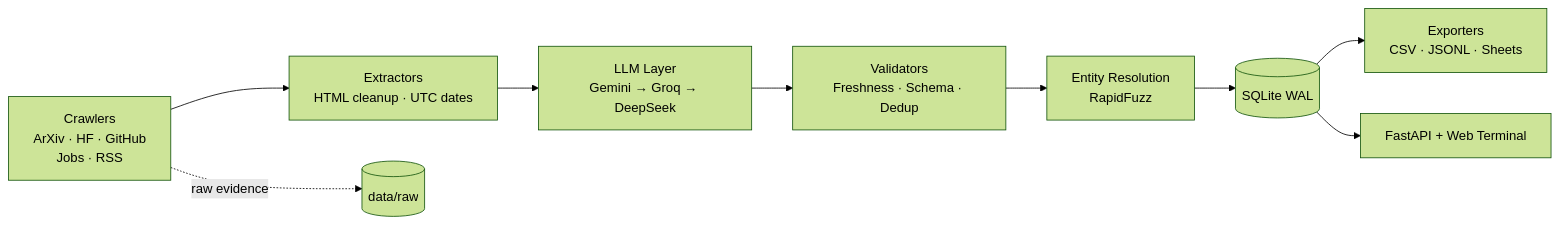
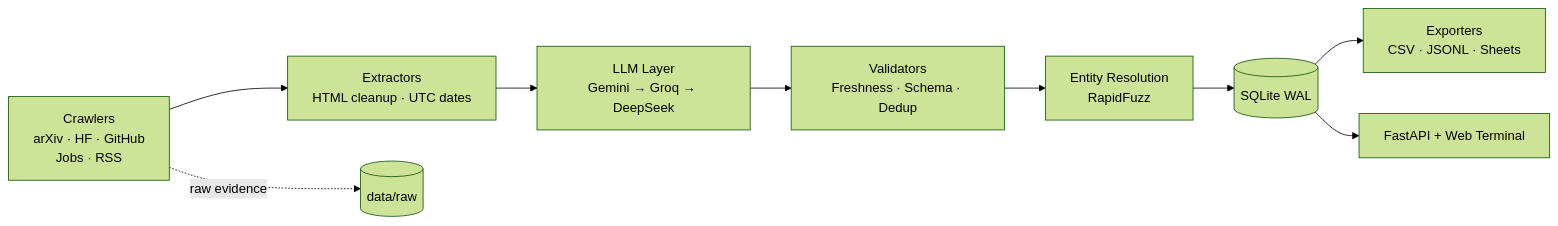
Before and after one commit to Mahesh-011-vk/AETHER-INTELLIGENCE: the first of 2 diagrams in README.md, drawn with Mermaid (forest theme). The commit also changed other lines of this file, not shown here.

````diff
--- a/README.md
+++ b/README.md
@@ -81,11 +86,11 @@
 ```mermaid
 flowchart LR
-    A[Crawlers<br/>ArXiv · HF · GitHub<br/>Jobs · RSS] --> B[Extractors<br/>HTML cleanup · UTC dates]
+    A[Crawlers<br/>arXiv · HF · GitHub<br/>Jobs · RSS] --> B[Extractors<br/>HTML cleanup · UTC dates]
     B --> C[LLM Layer<br/>Gemini → Groq → DeepSeek]
     C --> D[Validators<br/>Freshness · Schema · Dedup]
     D --> E[Entity Resolution<br/>RapidFuzz]
     E --> F[(SQLite WAL)]
     F --> G[Exporters<br/>CSV · JSONL · Sheets]
     F --> H[FastAPI + Web Terminal]
     A -. raw evidence .-> R[(data/raw)]
 ```
````
